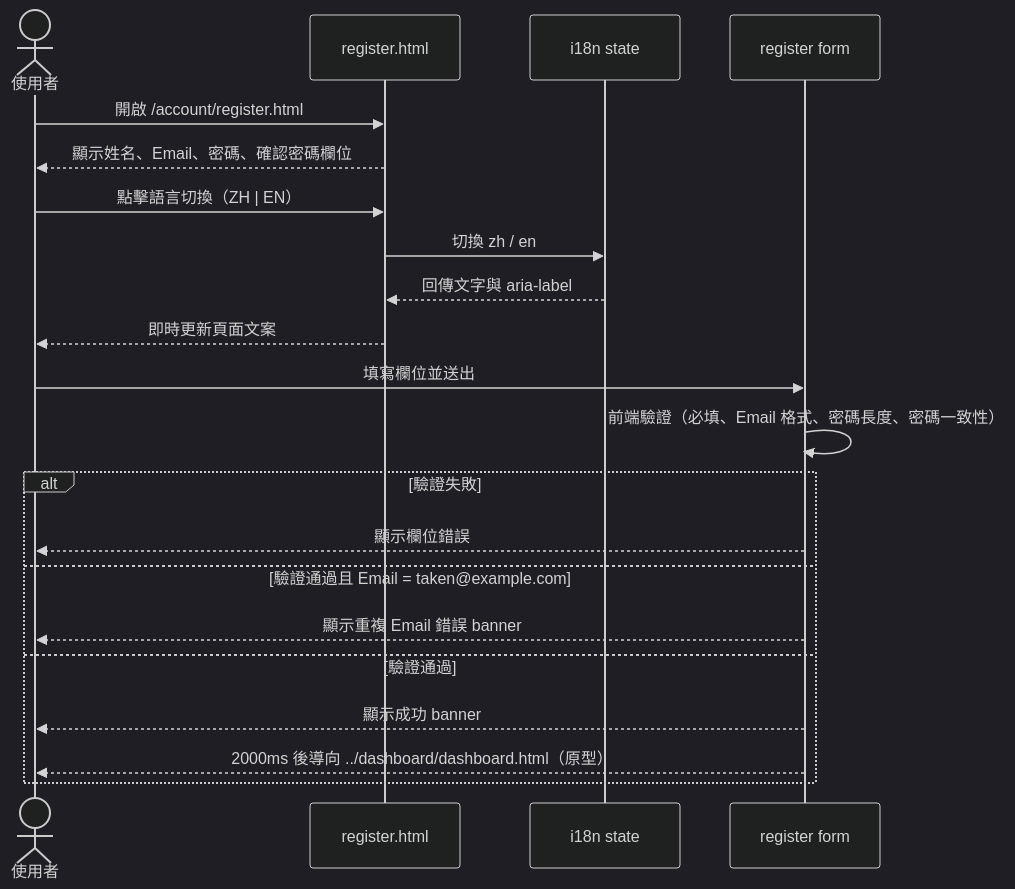
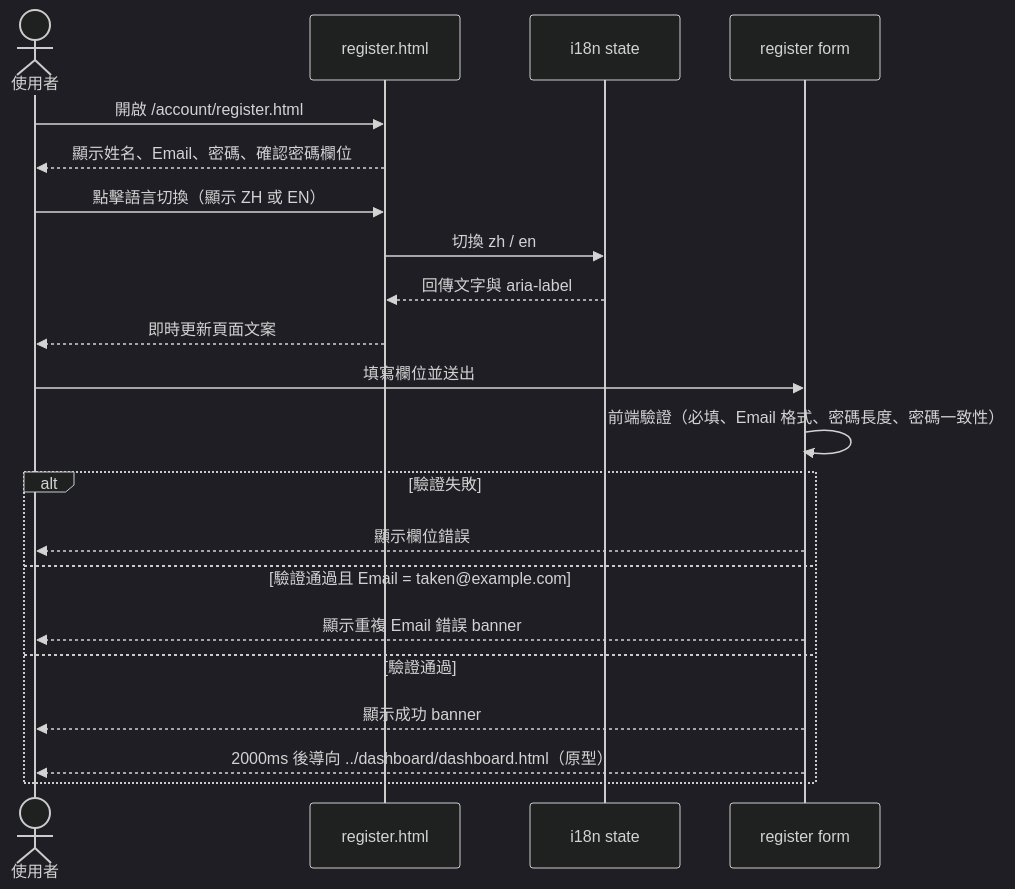
The first of 2 diagrams in specs/account/003-register-email-password/spec.md (singyichen/label-suite), drawn with Mermaid (dark theme) before and after one commit. The commit also changed other lines of this file and 8 other files, not shown here.

````diff
--- a/specs/account/003-register-email-password/spec.md
+++ b/specs/account/003-register-email-password/spec.md
@@ -17,27 +17,27 @@
 ```mermaid
 sequenceDiagram
     actor 使用者
     participant register as register.html
     participant i18n as i18n state
     participant form as register form
 
     使用者->>register: 開啟 /account/register.html
     register-->>使用者: 顯示姓名、Email、密碼、確認密碼欄位
 
-    使用者->>register: 點擊語言切換（ZH | EN）
+    使用者->>register: 點擊語言切換（顯示 ZH 或 EN）
     register->>i18n: 切換 zh / en
     i18n-->>register: 回傳文字與 aria-label
     register-->>使用者: 即時更新頁面文案
 
     使用者->>form: 填寫欄位並送出
     form->>form: 前端驗證（必填、Email 格式、密碼長度、密碼一致性）
 
     alt 驗證失敗
         form-->>使用者: 顯示欄位錯誤
     else 驗證通過且 Email = taken@example.com
         form-->>使用者: 顯示重複 Email 錯誤 banner
     else 驗證通過
         form-->>使用者: 顯示成功 banner
         form-->>使用者: 2000ms 後導向 ../dashboard/dashboard.html（原型）
     end
 ```
````
